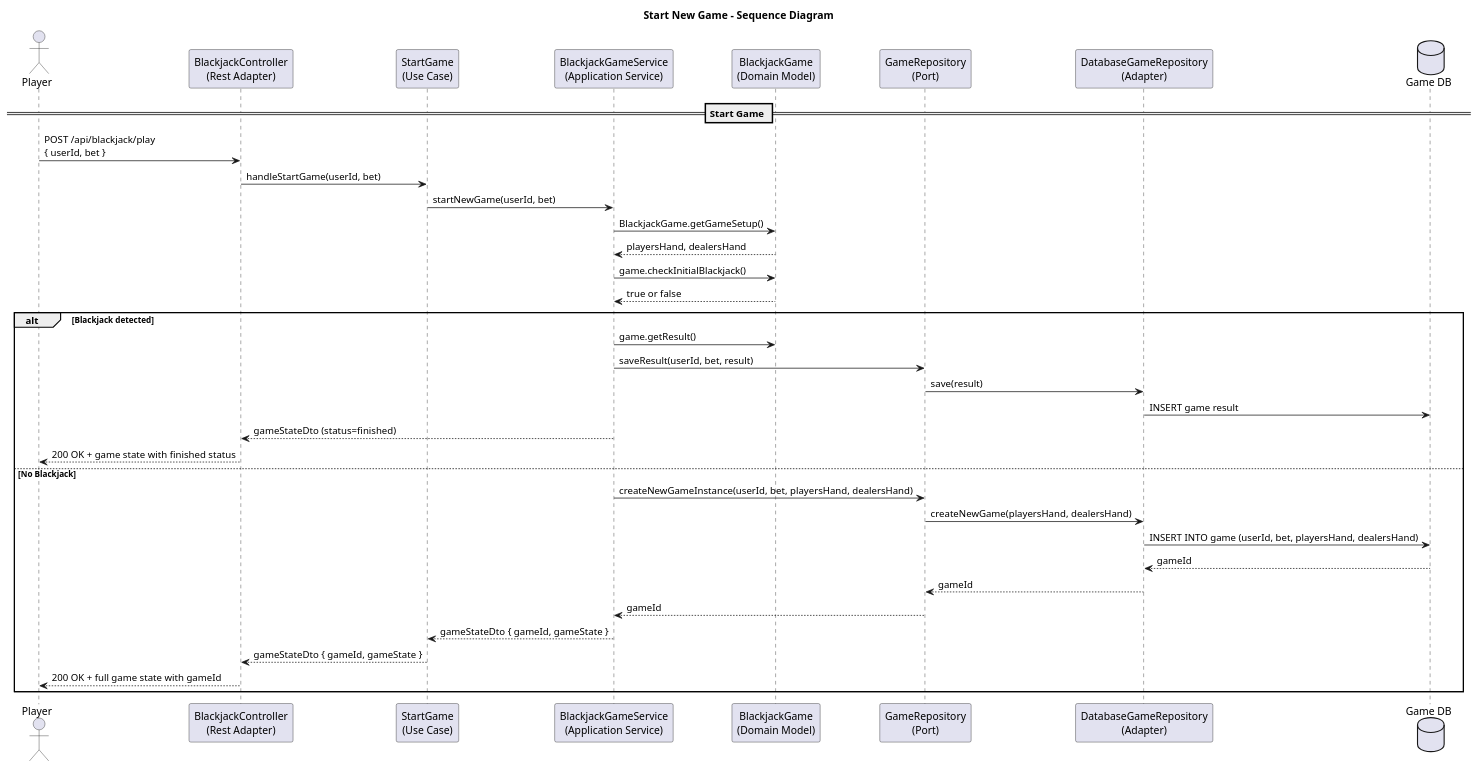
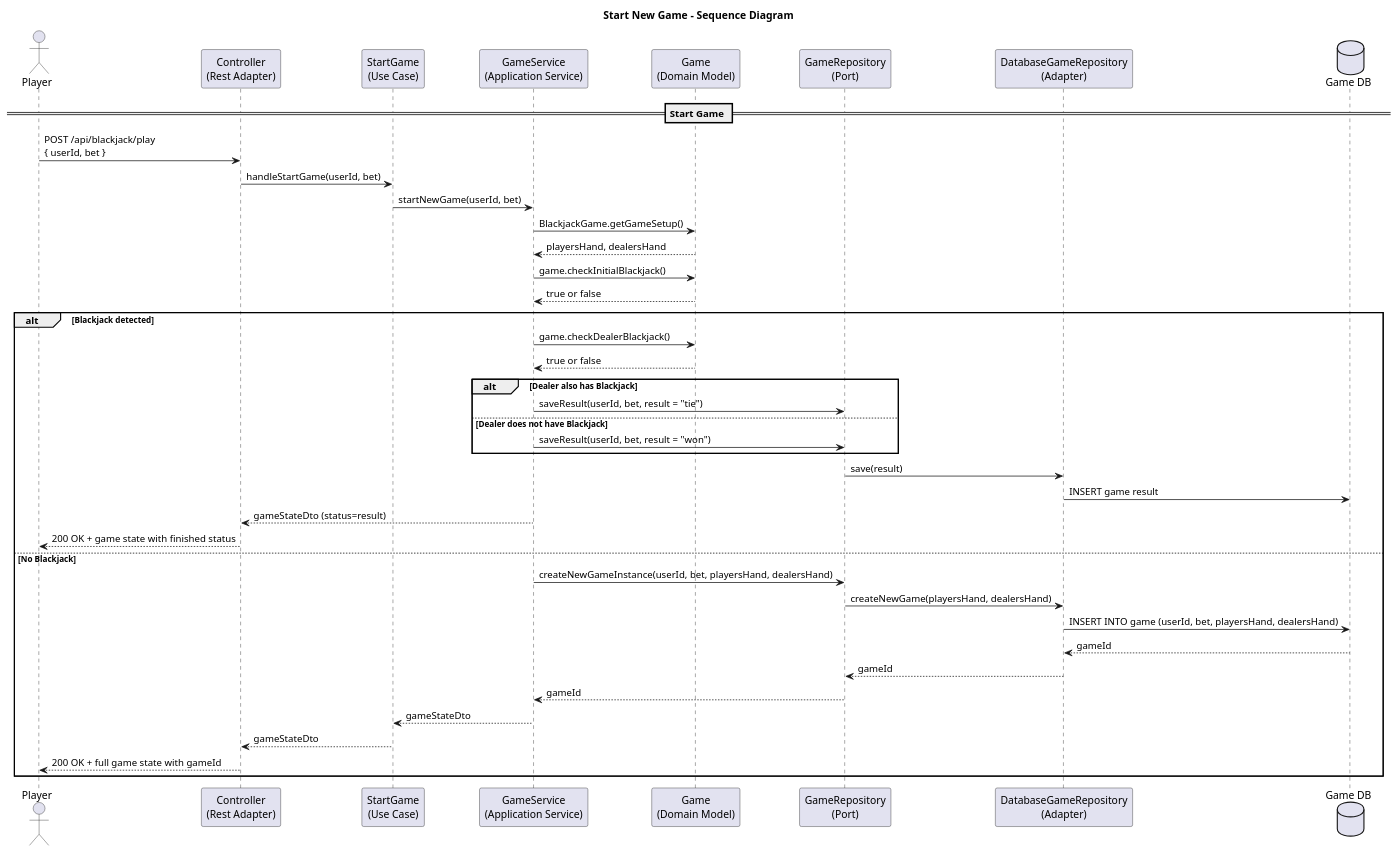
One commit to voelkerh/Blackjack changed the diagram in docs/uml/sequence_diagram_play_start_game.puml. Above: the diagram before and after it, drawn with PlantUML.

Commit message:
Update sequence diagram for play (start)

```diff
--- a/docs/uml/sequence_diagram_play_start_game.puml
+++ b/docs/uml/sequence_diagram_play_start_game.puml
@@ -1,49 +1,53 @@
 @startuml
 title Start New Game – Sequence Diagram
 
 actor Player
 
-participant "BlackjackController\n(Rest Adapter)" as Controller
+participant "Controller\n(Rest Adapter)" as Controller
 participant "StartGame\n(Use Case)" as UseCase
-participant "BlackjackGameService\n(Application Service)" as Service
-participant "BlackjackGame\n(Domain Model)" as Domain
+participant "GameService\n(Application Service)" as Service
+participant "Game\n(Domain Model)" as Domain
 participant "GameRepository\n(Port)" as RepoPort
 participant "DatabaseGameRepository\n(Adapter)" as RepoAdapter
 database "Game DB" as DB
 
 == Start Game ==
 
 Player -> Controller : POST /api/blackjack/play\n{ userId, bet }
 
 Controller -> UseCase : handleStartGame(userId, bet)
 UseCase -> Service : startNewGame(userId, bet)
 
 Service -> Domain : BlackjackGame.getGameSetup()
 Domain --> Service : playersHand, dealersHand
 
 Service -> Domain : game.checkInitialBlackjack()
 Domain --> Service : true or false
 
 alt Blackjack detected
-    Service -> Domain : game.getResult()
-    Service -> RepoPort : saveResult(userId, bet, result)
+    Service -> Domain : game.checkDealerBlackjack()
+    Domain --> Service : true or false
+
+    alt Dealer also has Blackjack
+        Service -> RepoPort : saveResult(userId, bet, result = "tie")
+    else Dealer does not have Blackjack
+        Service -> RepoPort : saveResult(userId, bet, result = "won")
+    end
     RepoPort -> RepoAdapter : save(result)
     RepoAdapter -> DB : INSERT game result
-    Service --> Controller : gameStateDto (status=finished)
+    Service --> Controller : gameStateDto (status=result)
     Controller --> Player : 200 OK + game state with finished status
 
 else No Blackjack
-
-
 Service -> RepoPort : createNewGameInstance(userId, bet, playersHand, dealersHand)
 RepoPort -> RepoAdapter : createNewGame(playersHand, dealersHand)
 RepoAdapter -> DB : INSERT INTO game (userId, bet, playersHand, dealersHand)
 DB --> RepoAdapter : gameId
 RepoAdapter --> RepoPort : gameId
 RepoPort --> Service : gameId
 
-Service --> UseCase : gameStateDto { gameId, gameState }
-UseCase --> Controller : gameStateDto { gameId, gameState }
+Service --> UseCase : gameStateDto
+UseCase --> Controller : gameStateDto
 Controller --> Player : 200 OK + full game state with gameId
 end
 @enduml
```
